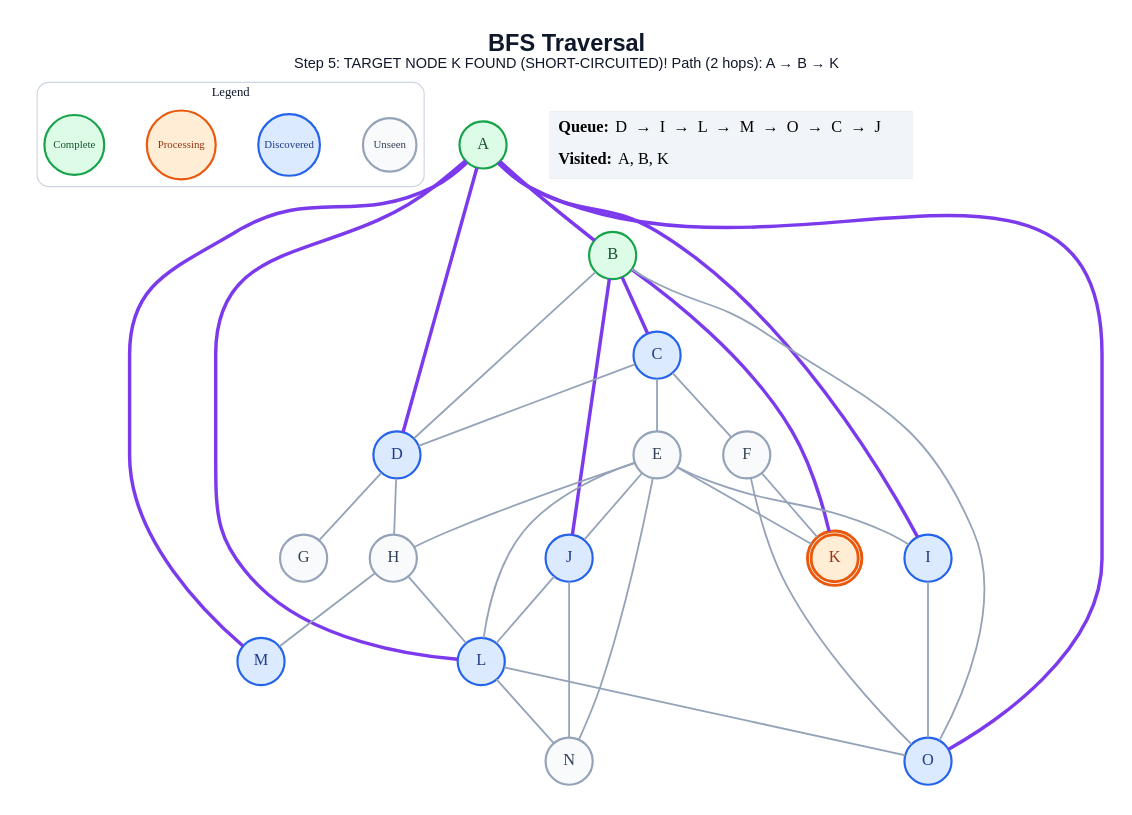
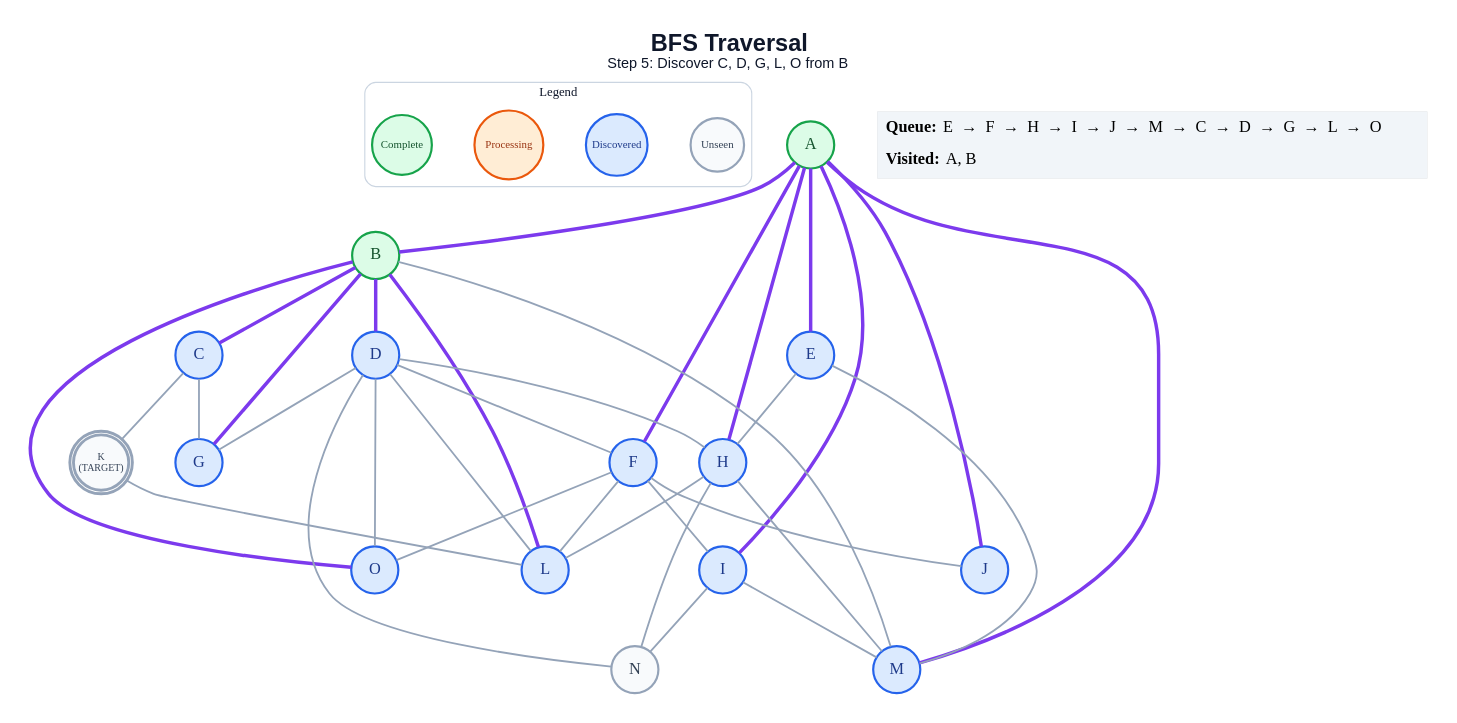
One commit to anon7238593-create/ai-slop changed the diagram in generated/short-circuit/bfs/step_05.dot. Above: the diagram before and after it, drawn with Graphviz. The commit also changed 267 other files, not shown here.

```diff
--- a/generated/short-circuit/bfs/step_05.dot
+++ b/generated/short-circuit/bfs/step_05.dot
@@ -1,65 +1,67 @@
 graph traversal {
   graph [layout=dot, rankdir=TB, bgcolor="#FFFFFF", pad="0.35", nodesep="0.65", ranksep="0.8", fontname="Arial"];
   node [shape=circle, style="filled", fontname="Arial Bold", fontsize=18, width=0.72, fixedsize=true, penwidth=2.4];
   edge [color="#94A3B8", penwidth=2.0];
-  label=<<B>BFS Traversal</B><BR/><FONT POINT-SIZE="16">Step 5: TARGET NODE K FOUND (SHORT-CIRCUITED)! Path (2 hops): A → B → K</FONT>>; labelloc="t"; fontsize=26; fontname="Arial"; fontcolor="#0F172A";
+  label=<<B>BFS Traversal</B><BR/><FONT POINT-SIZE="16">Step 5: Discover C, D, G, L, O from B</FONT>>; labelloc="t"; fontsize=26; fontname="Arial"; fontcolor="#0F172A";
   subgraph cluster_legend { label="Legend"; color="#CBD5E1"; penwidth=1.2; style="rounded"; fontsize=14; fontname="Arial Bold";
     key_unseen [label="Unseen", fillcolor="#F8FAFC", color="#94A3B8", fontcolor="#334155", fontsize=12, width=0.82];
     key_frontier [label="Discovered", fillcolor="#DBEAFE", color="#2563EB", fontcolor="#1E3A8A", fontsize=12, width=0.95];
     key_current [label="Processing", fillcolor="#FFEDD5", color="#EA580C", fontcolor="#9A3412", fontsize=12, width=1.05];
     key_done [label="Complete", fillcolor="#DCFCE7", color="#16A34A", fontcolor="#14532D", fontsize=12, width=0.92];
     { rank=same; key_unseen; key_frontier; key_current; key_done; }
   }
   A [label="A", fillcolor="#DCFCE7", color="#16A34A", fontcolor="#14532D", peripheries=1, penwidth=2.4];
   B [label="B", fillcolor="#DCFCE7", color="#16A34A", fontcolor="#14532D", peripheries=1, penwidth=2.4];
   C [label="C", fillcolor="#DBEAFE", color="#2563EB", fontcolor="#1E3A8A", peripheries=1, penwidth=2.4];
   D [label="D", fillcolor="#DBEAFE", color="#2563EB", fontcolor="#1E3A8A", peripheries=1, penwidth=2.4];
-  E [label="E", fillcolor="#F8FAFC", color="#94A3B8", fontcolor="#334155", peripheries=1, penwidth=2.4];
-  F [label="F", fillcolor="#F8FAFC", color="#94A3B8", fontcolor="#334155", peripheries=1, penwidth=2.4];
-  G [label="G", fillcolor="#F8FAFC", color="#94A3B8", fontcolor="#334155", peripheries=1, penwidth=2.4];
-  H [label="H", fillcolor="#F8FAFC", color="#94A3B8", fontcolor="#334155", peripheries=1, penwidth=2.4];
+  E [label="E", fillcolor="#DBEAFE", color="#2563EB", fontcolor="#1E3A8A", peripheries=1, penwidth=2.4];
+  F [label="F", fillcolor="#DBEAFE", color="#2563EB", fontcolor="#1E3A8A", peripheries=1, penwidth=2.4];
+  G [label="G", fillcolor="#DBEAFE", color="#2563EB", fontcolor="#1E3A8A", peripheries=1, penwidth=2.4];
+  H [label="H", fillcolor="#DBEAFE", color="#2563EB", fontcolor="#1E3A8A", peripheries=1, penwidth=2.4];
   I [label="I", fillcolor="#DBEAFE", color="#2563EB", fontcolor="#1E3A8A", peripheries=1, penwidth=2.4];
   J [label="J", fillcolor="#DBEAFE", color="#2563EB", fontcolor="#1E3A8A", peripheries=1, penwidth=2.4];
-  K [label="K", fillcolor="#FFEDD5", color="#EA580C", fontcolor="#9A3412", peripheries=2, penwidth=3.2];
+  K [label="K\n(TARGET)", fillcolor="#F8FAFC", color="#94A3B8", fontcolor="#334155", peripheries=2, penwidth=3.2, fontsize=11, width=0.85, height=0.85];
   L [label="L", fillcolor="#DBEAFE", color="#2563EB", fontcolor="#1E3A8A", peripheries=1, penwidth=2.4];
   M [label="M", fillcolor="#DBEAFE", color="#2563EB", fontcolor="#1E3A8A", peripheries=1, penwidth=2.4];
   N [label="N", fillcolor="#F8FAFC", color="#94A3B8", fontcolor="#334155", peripheries=1, penwidth=2.4];
   O [label="O", fillcolor="#DBEAFE", color="#2563EB", fontcolor="#1E3A8A", peripheries=1, penwidth=2.4];
   A -- B [color="#7C3AED", penwidth=3.8];
-  A -- D [color="#7C3AED", penwidth=3.8];
+  A -- E [color="#7C3AED", penwidth=3.8];
+  A -- F [color="#7C3AED", penwidth=3.8];
+  A -- H [color="#7C3AED", penwidth=3.8];
   A -- I [color="#7C3AED", penwidth=3.8];
-  A -- L [color="#7C3AED", penwidth=3.8];
+  A -- J [color="#7C3AED", penwidth=3.8];
   A -- M [color="#7C3AED", penwidth=3.8];
-  A -- O [color="#7C3AED", penwidth=3.8];
   B -- C [color="#7C3AED", penwidth=3.8];
-  B -- D;
-  B -- J [color="#7C3AED", penwidth=3.8];
-  B -- K [color="#7C3AED", penwidth=3.8];
-  B -- O;
-  C -- D;
-  C -- E;
-  C -- F;
+  B -- D [color="#7C3AED", penwidth=3.8];
+  B -- G [color="#7C3AED", penwidth=3.8];
+  B -- L [color="#7C3AED", penwidth=3.8];
+  B -- M;
+  B -- O [color="#7C3AED", penwidth=3.8];
+  C -- G;
+  C -- K;
+  D -- F;
   D -- G;
   D -- H;
+  D -- L;
+  D -- N;
+  D -- O;
   E -- H;
-  E -- I;
-  E -- J;
-  E -- K;
-  E -- L;
-  E -- N;
-  F -- K;
+  E -- M;
+  F -- I;
+  F -- J;
+  F -- L;
   F -- O;
   H -- L;
   H -- M;
-  I -- O;
-  J -- L;
-  J -- N;
-  L -- N;
-  L -- O;
+  H -- N;
+  I -- M;
+  I -- N;
+  K -- L;
   status [shape=plain, fixedsize=false, width=0, height=0, margin=0, label=<
     <TABLE BORDER="0" CELLBORDER="0" CELLPADDING="7" BGCOLOR="#F1F5F9">
-      <TR><TD ALIGN="LEFT"><B>Queue:</B> D  →  I  →  L  →  M  →  O  →  C  →  J</TD></TR>
-      <TR><TD ALIGN="LEFT"><B>Visited:</B> A, B, K</TD></TR>
+      <TR><TD ALIGN="LEFT"><B>Queue:</B> E  →  F  →  H  →  I  →  J  →  M  →  C  →  D  →  G  →  L  →  O</TD></TR>
+      <TR><TD ALIGN="LEFT"><B>Visited:</B> A, B</TD></TR>
     </TABLE>
   >];
 }
```
